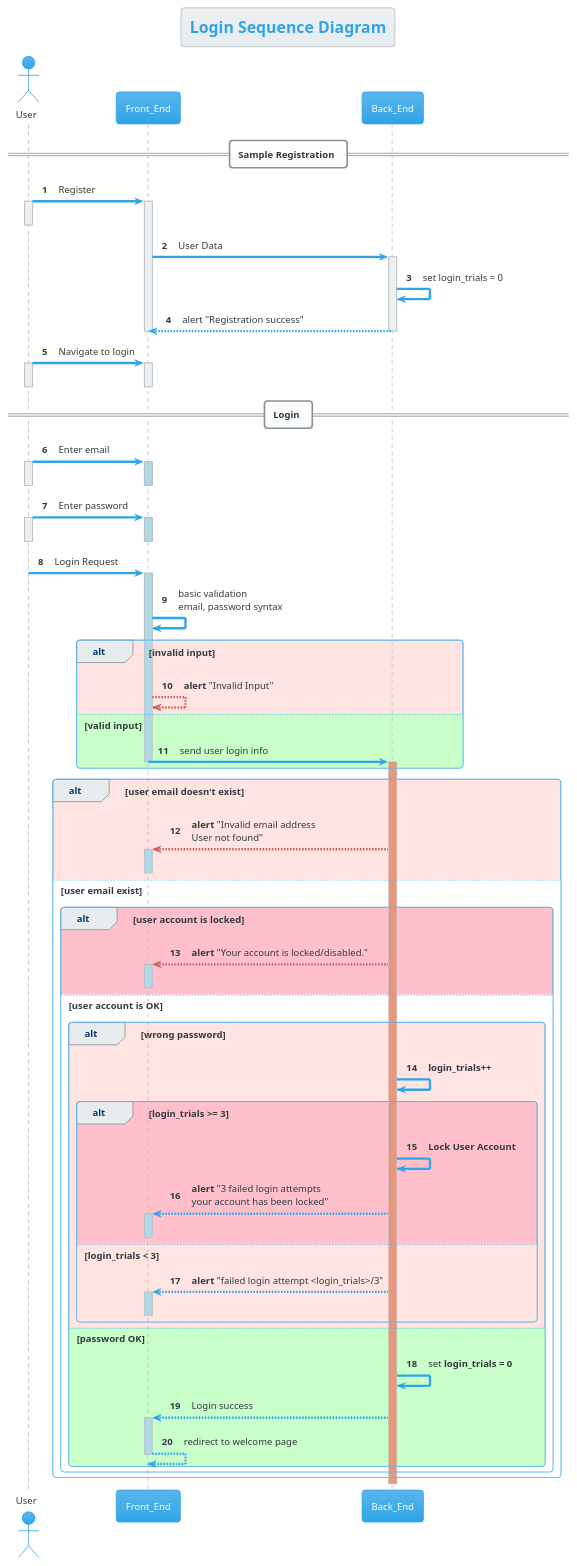
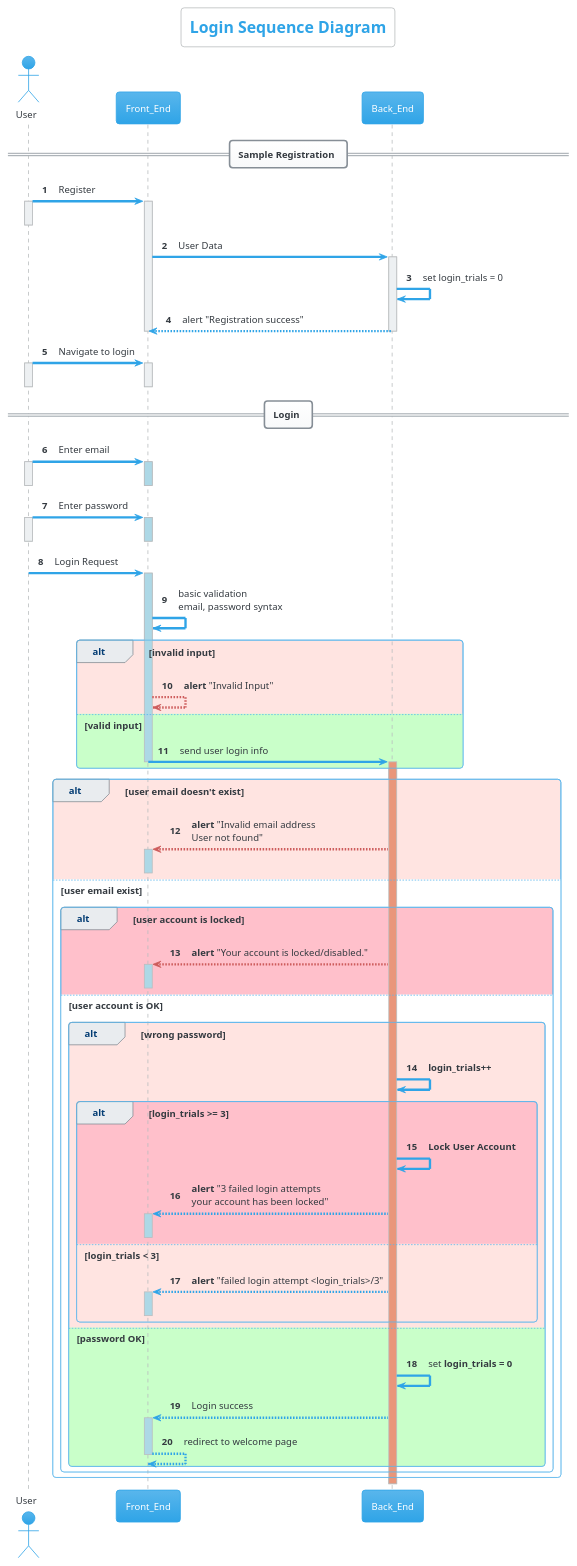
Before and after one commit to HossamElwahsh/sprints-automotive: the diagram in SWE/SWE_02_DrawYourFirstSequenceDiagram/Login_Sequence.puml, drawn with PlantUML.

Commit message:
update <SWE>: login sequence background color

```diff
--- a/SWE/SWE_02_DrawYourFirstSequenceDiagram/Login_Sequence.puml
+++ b/SWE/SWE_02_DrawYourFirstSequenceDiagram/Login_Sequence.puml
@@ -1,93 +1,95 @@
 @startuml
 'https://plantuml.com/sequence-diagram
 'Author: Hossam Elwahsh
 !theme cerulean
 title Login Sequence Diagram
 autonumber
 actor User
+
+skinparam backgroundColor #white
 
 == Sample Registration ==
 User -> Front_End: Register
 activate Front_End
 activate User
 deactivate User
 Front_End -> Back_End: User Data
 activate Back_End
 Back_End -> Back_End: set login_trials = 0
 Back_End --> Front_End: alert "Registration success"
 deactivate Back_End
 deactivate Front_End
 
 User -> Front_End: Navigate to login
 activate Front_End
 activate User
 deactivate Front_End
 deactivate User
 
 == Login ==
 User -> Front_End: Enter email
 activate Front_End #lightblue
 activate User
 deactivate Front_End
 deactivate User
 User -> Front_End: Enter password
 activate Front_End #lightblue
 deactivate Front_End
 activate User
 deactivate User
 
 User -> Front_End: Login Request
 activate Front_End #lightblue
 Front_End -> Front_End: basic validation\nemail, password syntax
 
 alt #mistyrose invalid input
     Front_End -[#indianred]-> Front_End: **alert** "Invalid Input"
 
 else #technology valid input
     Front_End -> Back_End: send user login info
 
     deactivate Front_End #lightblue
     activate Back_End #darkSalmon
 end
 
 alt #mistyrose user email doesn't exist
 
 Back_End -[#indianred]-> Front_End: **alert** "Invalid email address\nUser not found"
 activate Front_End #lightblue
 deactivate Front_End
 
 else #white user email exist
     alt #pink user account is locked
     Back_End -[#indianred]-> Front_End: **alert** "Your account is locked/disabled."
     activate Front_End #lightblue
     deactivate Front_End
 
     else #white user account is OK
         alt #mistyrose wrong password
         Back_End -> Back_End: **login_trials++**
 
             alt #pink login_trials >= 3
                 Back_End -> Back_End: **Lock User Account**
                 Back_End --> Front_End: **alert** "3 failed login attempts\nyour account has been locked"
                 activate Front_End #lightblue
                 deactivate Front_End
 
             else #mistyrose login_trials < 3
             Back_End --> Front_End: **alert** "failed login attempt <login_trials>/3"
             activate Front_End #lightblue
             deactivate Front_End
 
             end
 
         else #technology password OK
             Back_End -> Back_End: set **login_trials = 0**
             Back_End --> Front_End: Login success
             activate Front_End #lightblue
             Front_End --> Front_End: redirect to welcome page
             deactivate Front_End
         end
     end
 
 end
 
 @enduml
```
